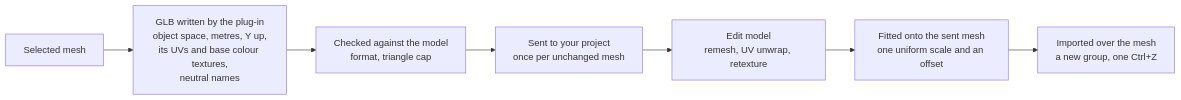
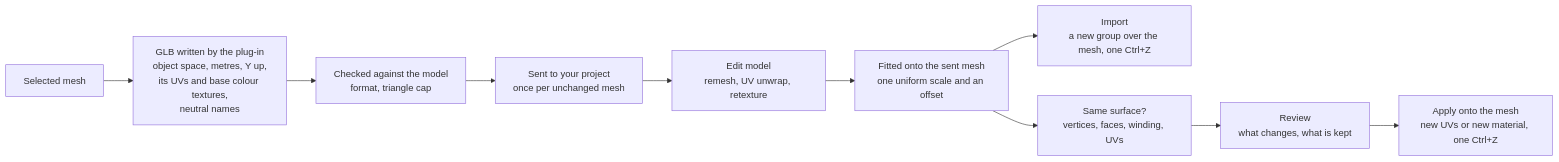
Before and after one commit to scenario-labs/maya-plugin: the first of 3 diagrams in README.md, drawn with Mermaid. The commit also changed other lines of this file and 14 other files, not shown here.

First line of the commit message:
feat(3d): Apply UV unwrap and Retexture results onto the mesh itself

````diff
--- a/README.md
+++ b/README.md
@@ -109,9 +110,12 @@
 ```mermaid
 flowchart LR
     mesh["Selected mesh"] --> glb["GLB written by the plug-in<br/>object space, metres, Y up,<br/>its UVs and base colour textures,<br/>neutral names"]
     glb --> check["Checked against the model<br/>format, triangle cap"]
     check --> send["Sent to your project<br/>once per unchanged mesh"]
     send --> model["Edit model<br/>remesh, UV unwrap, retexture"]
     model --> fit["Fitted onto the sent mesh<br/>one uniform scale and an offset"]
-    fit --> land["Imported over the mesh<br/>a new group, one Ctrl+Z"]
+    fit --> land["Import<br/>a new group over the mesh, one Ctrl+Z"]
+    fit --> proof["Same surface?<br/>vertices, faces, winding, UVs"]
+    proof --> review["Review<br/>what changes, what is kept"]
+    review --> apply["Apply onto the mesh<br/>new UVs or new material, one Ctrl+Z"]
 ```
````
